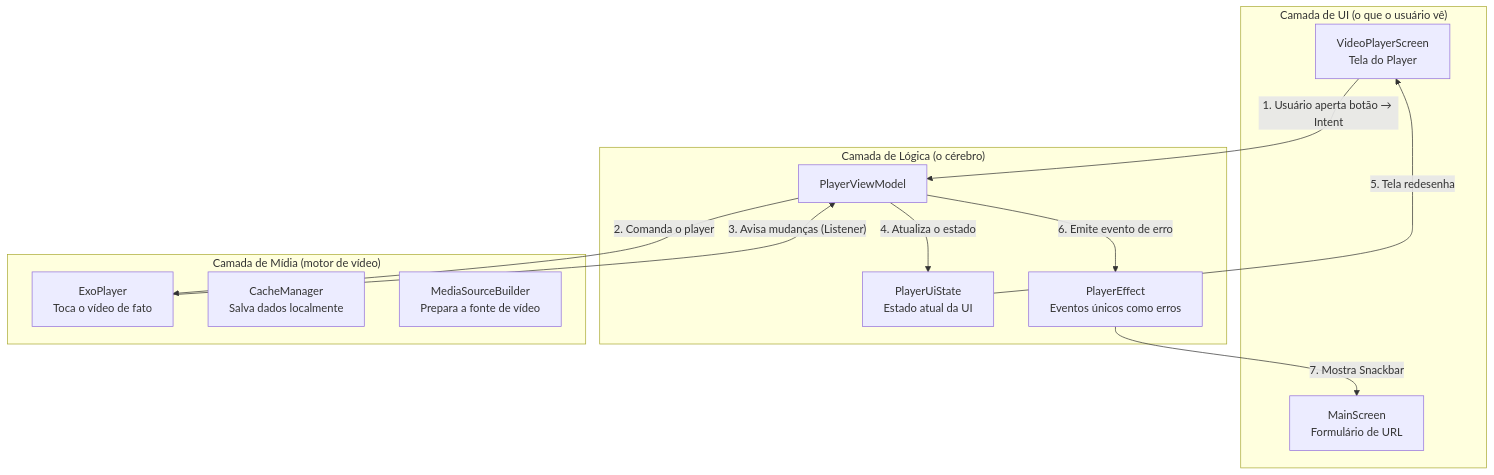
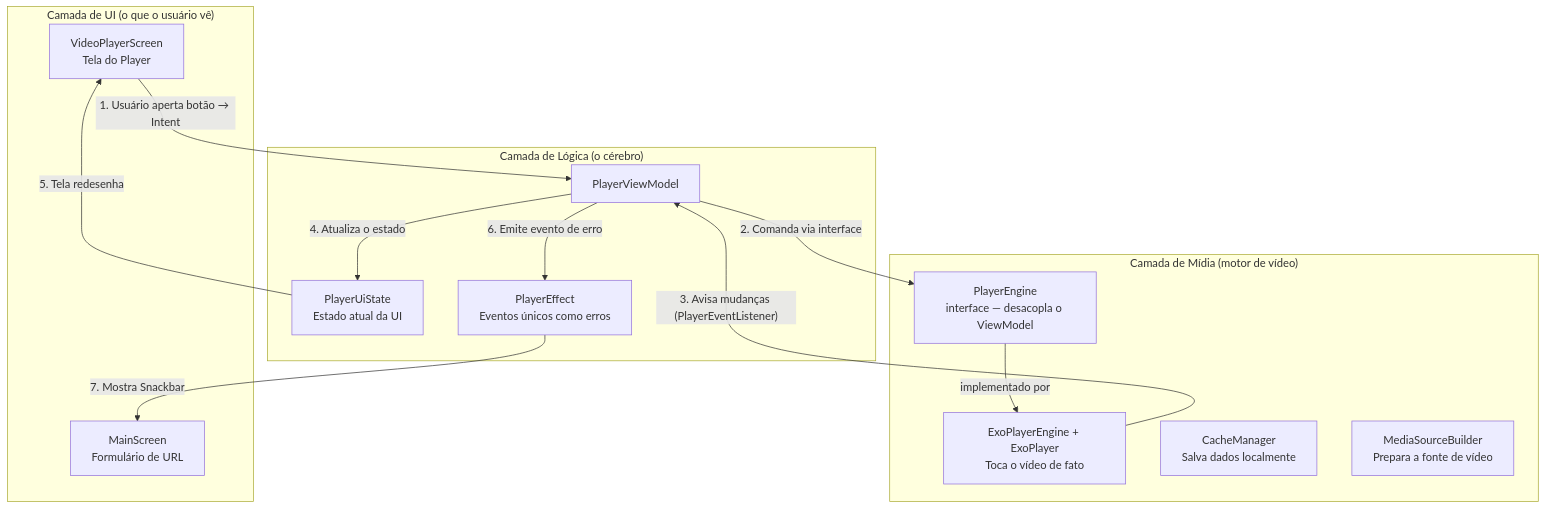
One commit to welton-carvalho/player-lab changed the diagram in README.md. Above: the diagram before and after it, drawn with Mermaid. The commit also changed other lines of this file, not shown here.

````diff
--- a/README.md
+++ b/README.md
@@ -184,27 +209,29 @@
 ```mermaid
 graph TD
     subgraph "Camada de UI (o que o usuário vê)"
         VPS[VideoPlayerScreen<br/>Tela do Player]
         MS[MainScreen<br/>Formulário de URL]
     end
 
     subgraph "Camada de Lógica (o cérebro)"
         VM[PlayerViewModel]
         State[PlayerUiState<br/>Estado atual da UI]
         Effects[PlayerEffect<br/>Eventos únicos como erros]
     end
 
     subgraph "Camada de Mídia (motor de vídeo)"
-        EP[ExoPlayer<br/>Toca o vídeo de fato]
+        ENG[PlayerEngine<br/>interface — desacopla o ViewModel]
+        EP[ExoPlayerEngine + ExoPlayer<br/>Toca o vídeo de fato]
         CM[CacheManager<br/>Salva dados localmente]
         MSB[MediaSourceBuilder<br/>Prepara a fonte de vídeo]
     end
 
     VPS -- "1. Usuário aperta botão → Intent" --> VM
-    VM -- "2. Comanda o player" --> EP
-    EP -- "3. Avisa mudanças (Listener)" --> VM
+    VM -- "2. Comanda via interface" --> ENG
+    ENG -- "implementado por" --> EP
+    EP -- "3. Avisa mudanças (PlayerEventListener)" --> VM
     VM -- "4. Atualiza o estado" --> State
     State -- "5. Tela redesenha" --> VPS
     VM -- "6. Emite evento de erro" --> Effects
     Effects -- "7. Mostra Snackbar" --> MS
 ```
````
